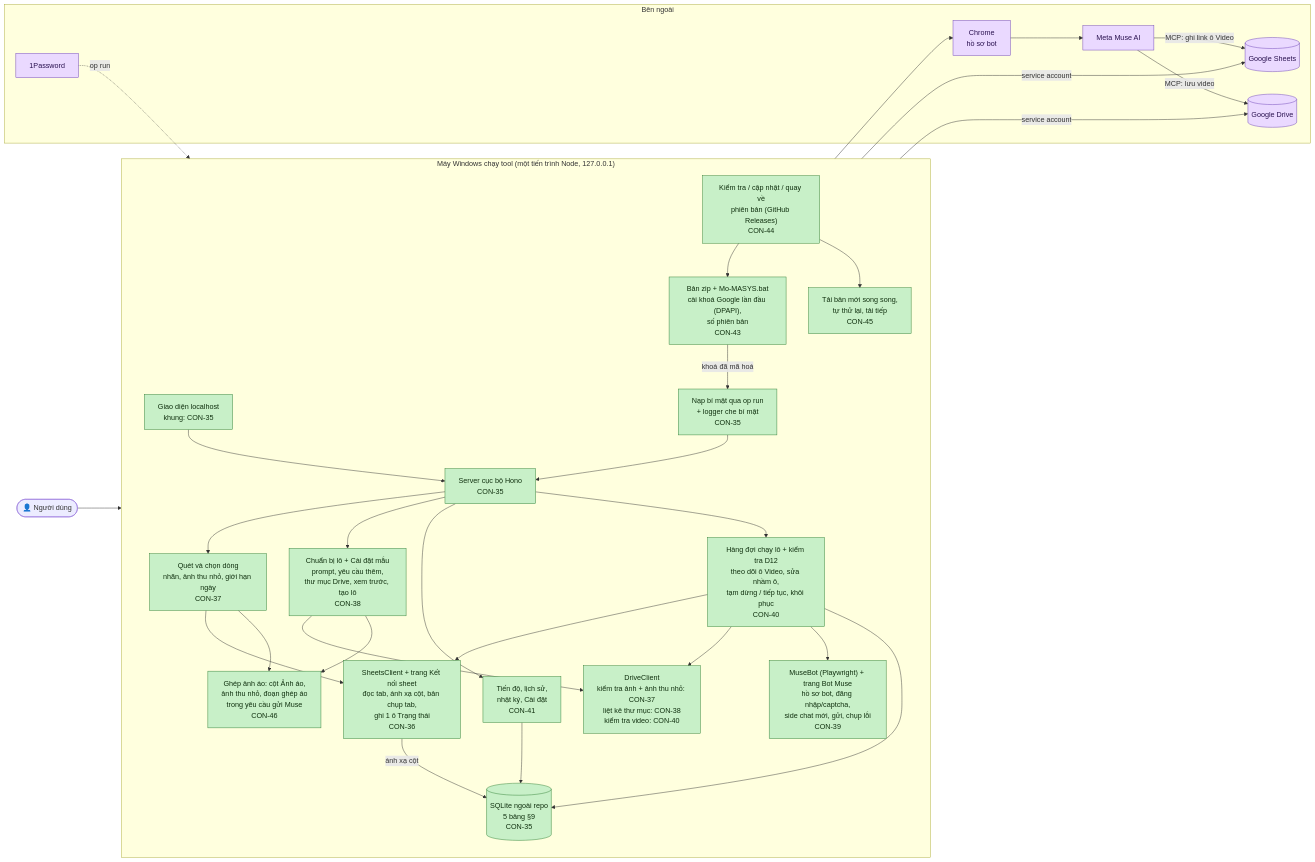
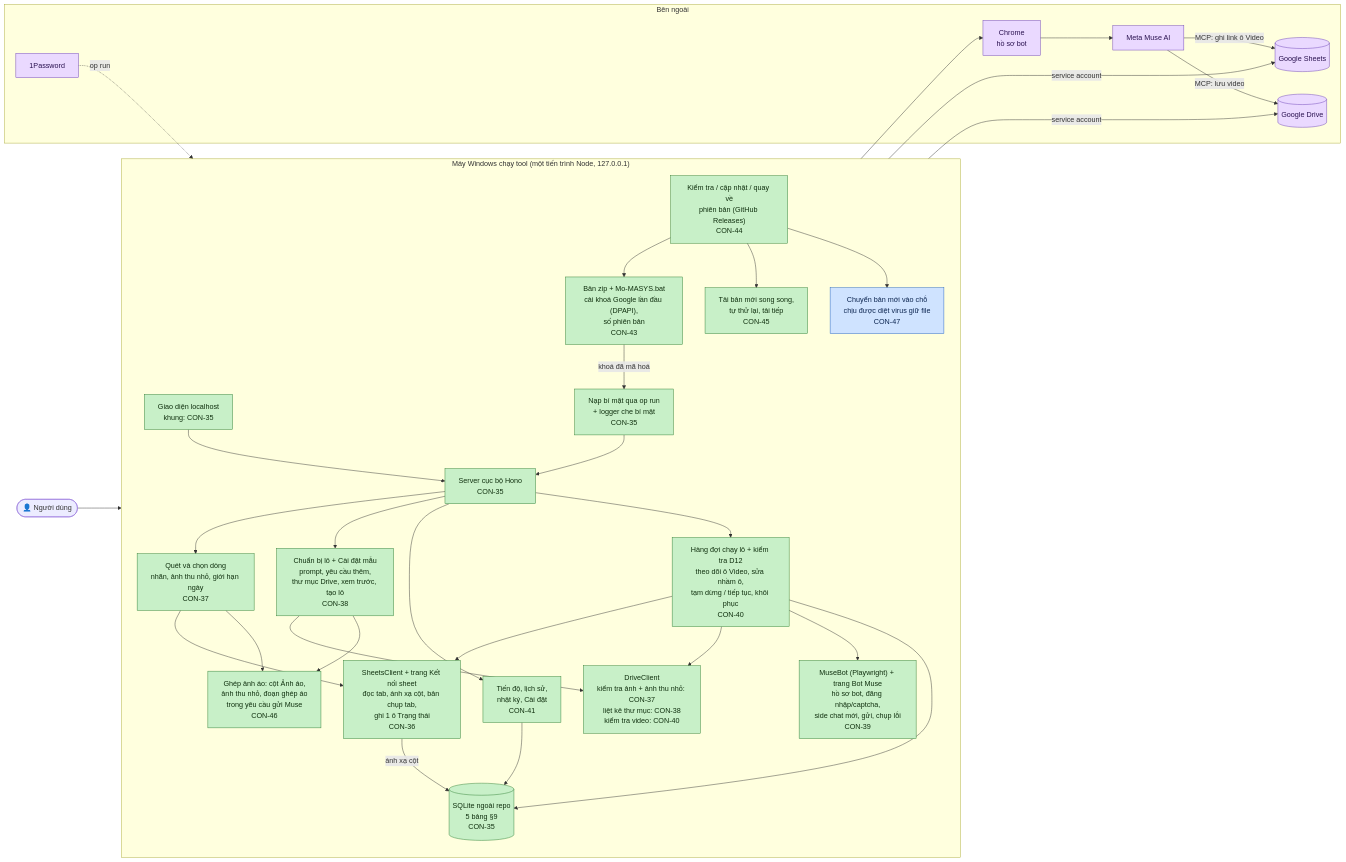
The diagram in TIEN-DO.md (Bach1711/MASYS-VIDEO-GENERATOR), drawn with Mermaid before and after one commit. The commit also changed other lines of this file and 9 other files, not shown here.

First line of the commit message:
CON-47: v1.1.1 — cập nhật chịu được phần mềm diệt virus giữ file khi chuyển bản mới

````diff
--- a/TIEN-DO.md
+++ b/TIEN-DO.md
@@ -17,70 +17,73 @@
 ```mermaid
 flowchart LR
     user(["👤 Người dùng"])
 
     subgraph PC["Máy Windows chạy tool (một tiến trình Node, 127.0.0.1)"]
         direction TB
         ui["Giao diện localhost<br/>khung: CON-35"]
         server["Server cục bộ Hono<br/>CON-35"]
         secrets["Nạp bí mật qua op run<br/>+ logger che bí mật<br/>CON-35"]
         db[("SQLite ngoài repo<br/>5 bảng §9<br/>CON-35")]
 
         sheet["SheetsClient + trang Kết nối sheet<br/>đọc tab, ánh xạ cột, bản chụp tab,<br/>ghi 1 ô Trạng thái<br/>CON-36"]
         scan["Quét và chọn dòng<br/>nhãn, ảnh thu nhỏ, giới hạn ngày<br/>CON-37"]
         editor["Chuẩn bị lô + Cài đặt mẫu<br/>prompt, yêu cầu thêm,<br/>thư mục Drive, xem trước, tạo lô<br/>CON-38"]
         bot["MuseBot (Playwright) + trang Bot Muse<br/>hồ sơ bot, đăng nhập/captcha,<br/>side chat mới, gửi, chụp lỗi<br/>CON-39"]
         queue["Hàng đợi chạy lô + kiểm tra D12<br/>theo dõi ô Video, sửa nhầm ô,<br/>tạm dừng / tiếp tục, khôi phục<br/>CON-40"]
         drive["DriveClient<br/>kiểm tra ảnh + ảnh thu nhỏ: CON-37<br/>liệt kê thư mục: CON-38<br/>kiểm tra video: CON-40"]
         progress["Tiến độ, lịch sử,<br/>nhật ký, Cài đặt<br/>CON-41"]
         pack["Bản zip + Mo-MASYS.bat<br/>cài khoá Google lần đầu (DPAPI),<br/>số phiên bản<br/>CON-43"]
         update["Kiểm tra / cập nhật / quay về<br/>phiên bản (GitHub Releases)<br/>CON-44"]
         download["Tải bản mới song song,<br/>tự thử lại, tải tiếp<br/>CON-45"]
+        placing["Chuyển bản mới vào chỗ<br/>chịu được diệt virus giữ file<br/>CON-47"]
         shirt["Ghép ảnh áo: cột Ảnh áo,<br/>ảnh thu nhỏ, đoạn ghép áo<br/>trong yêu cầu gửi Muse<br/>CON-46"]
     end
 
     subgraph EXT["Bên ngoài"]
         gsheets[("Google Sheets")]
         gdrive[("Google Drive")]
         chrome["Chrome<br/>hồ sơ bot"]
         muse["Meta Muse AI"]
         op["1Password"]
     end
 
     user --> ui --> server
     server --> scan & editor & progress
     scan --> sheet
     editor --> drive
     server --> queue
     queue --> sheet & drive & bot
     queue --> db
     progress --> db
     sheet -- "ánh xạ cột" --> db
     sheet -- "service account" --> gsheets
     drive -- "service account" --> gdrive
     bot --> chrome --> muse
     muse -- "MCP: lưu video" --> gdrive
     muse -- "MCP: ghi link ô Video" --> gsheets
     op -. "op run" .-> secrets --> server
     pack -- "khoá đã mã hoá" --> secrets
     update --> pack
     update --> download
+    update --> placing
     scan --> shirt
     editor --> shirt
 
     classDef done fill:#c8f0c8,stroke:#2e7d32,color:#10300f
     classDef review fill:#cfe3ff,stroke:#1f5fbf,color:#0c2550
     classDef doing fill:#fff1b8,stroke:#b38600,color:#3d2e00
     classDef todo fill:#eeeeee,stroke:#9e9e9e,color:#333333
     classDef ext fill:#ead9ff,stroke:#6a3fb5,color:#2a1250
 
     class ui,server,secrets,db,sheet,scan,editor done
     class drive done
     class bot done
     class queue done
     class progress done
     class pack done
     class update done
     class download done
     class shirt done
+    class placing review
     class gsheets,gdrive,chrome,muse,op ext
 ```
````
